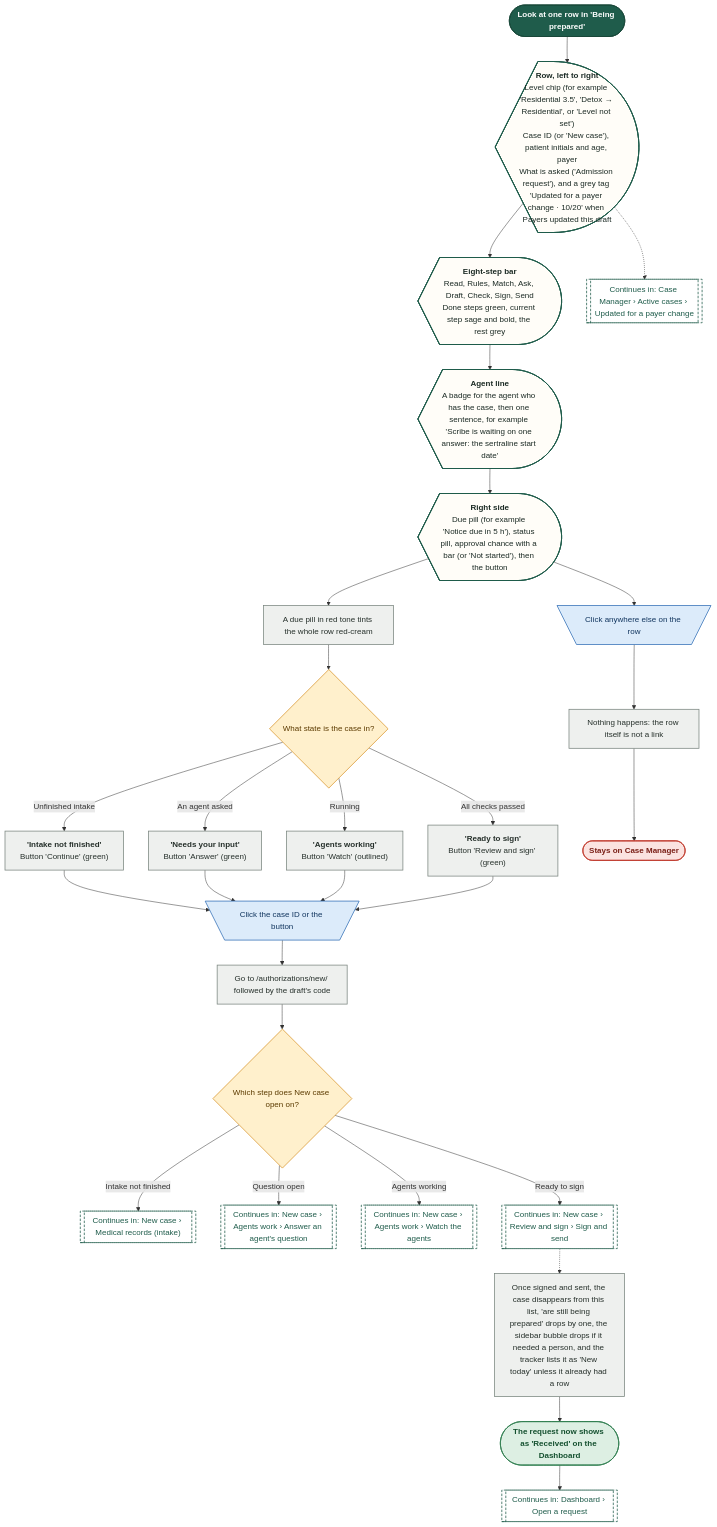
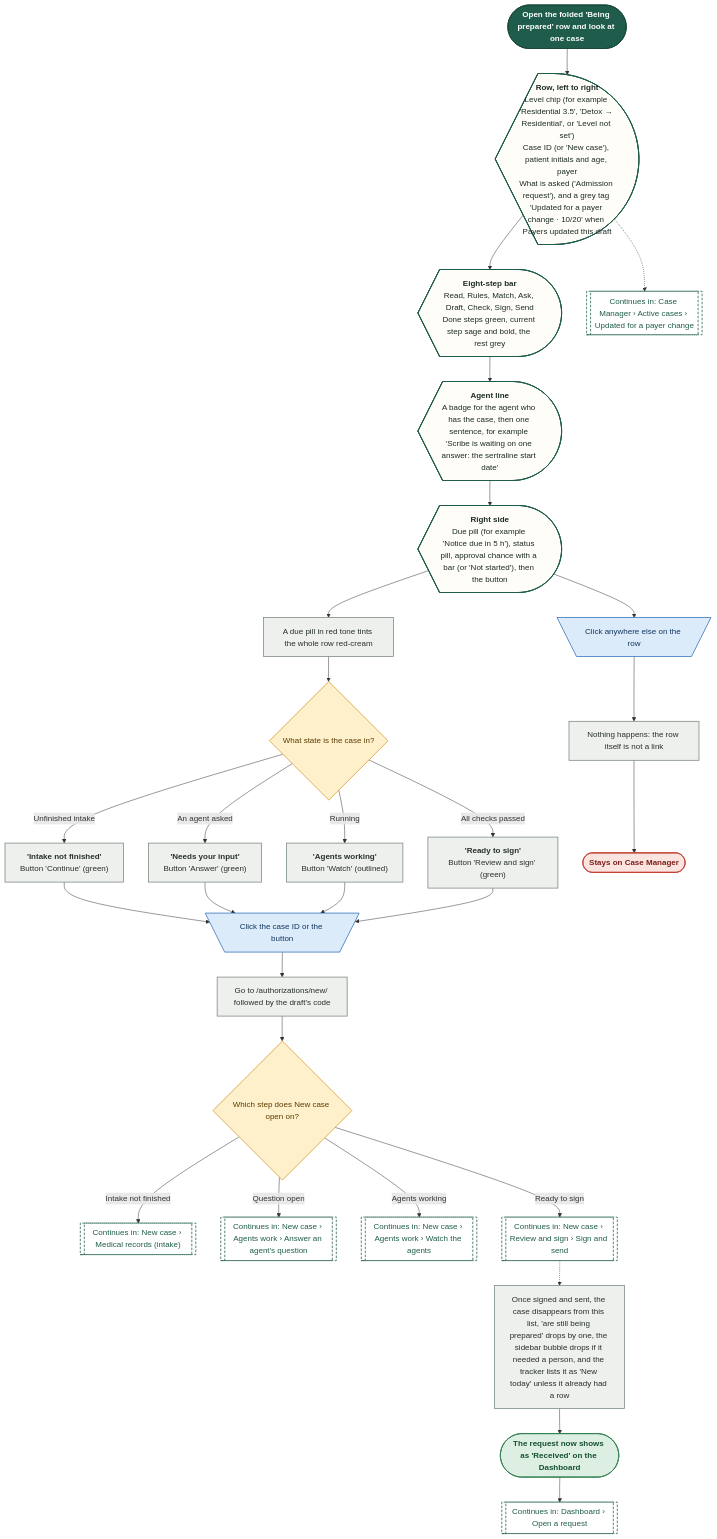
The fourth of 22 diagrams in demos/prior-auth-demo/workflows/out/md/07-case-manager.md (Shrav143/psyfloapp), drawn with Mermaid before and after one commit. The commit also changed other lines of this file and 192 other files, not shown here.

First line of the commit message:
docs: changelog by sidebar tab; README, diagrams and Settings layout aligned with the refinement; shared InfoTip; referral cost-share line

````diff
--- a/demos/prior-auth-demo/workflows/out/md/07-case-manager.md
+++ b/demos/prior-auth-demo/workflows/out/md/07-case-manager.md
@@ -254,67 +264,67 @@
 ```mermaid
 %%{init: {"theme":"base","themeVariables":{"fontFamily":"'DM Sans', 'Segoe UI', system-ui, sans-serif","fontSize":"15px","lineColor":"#5B6B63","primaryTextColor":"#1C2B25","clusterBkg":"#FBF8F3","clusterBorder":"#D9CDBB","edgeLabelBackground":"#FFFFFF"},"flowchart":{"curve":"basis","nodeSpacing":36,"rankSpacing":48,"padding":12,"htmlLabels":true,"useMaxWidth":false,"wrappingWidth":230}} }%%
 flowchart TD
   classDef k_start fill:#1F5C4B,stroke:#174638,color:#FFFFFF,stroke-width:1.5px,font-weight:600
   classDef k_end fill:#DDEFE3,stroke:#2E7D4F,color:#14502F,stroke-width:1.5px,font-weight:600
   classDef k_endx fill:#FBE3E0,stroke:#C0392B,color:#7A1F16,stroke-width:1.5px,font-weight:600
   classDef k_screen fill:#FFFDF8,stroke:#1F5C4B,color:#1C2B25,stroke-width:2px
   classDef k_overlay fill:#F1F7F3,stroke:#1F5C4B,color:#1C2B25,stroke-width:2px,stroke-dasharray:5 3
   classDef k_click fill:#DCEBFA,stroke:#2F6DB5,color:#12365F,stroke-width:1.5px
   classDef k_input fill:#E4E7FF,stroke:#4C5FD5,color:#1D2670,stroke-width:1.5px
   classDef k_process fill:#EEF0EE,stroke:#7A857F,color:#26302B,stroke-width:1.5px
   classDef k_agent fill:#EEE5FA,stroke:#7A4FC2,color:#341A63,stroke-width:1.5px
   classDef k_decision fill:#FFF0CC,stroke:#D9962B,color:#5C3B00,stroke-width:1.5px
   classDef k_store fill:#D5F0EA,stroke:#1C8E7B,color:#0B4A3F,stroke-width:1.5px
   classDef k_doc fill:#F6E9DC,stroke:#B07A4C,color:#4A2E14,stroke-width:1.5px
   classDef k_ext fill:#FFE6D2,stroke:#E07B39,color:#6B2F06,stroke-width:1.5px
   classDef k_wait fill:#E4E8EE,stroke:#6B7C93,color:#26303D,stroke-width:1.5px
   classDef k_toast fill:#FFF9DB,stroke:#C9A400,color:#5A4A00,stroke-width:1.5px
   classDef k_goto fill:#FFFFFF,stroke:#1F5C4B,color:#1F5C4B,stroke-width:1.5px,stroke-dasharray:5 3
-  s1@{ shape: stadium, label: "Look at one row in 'Being prepared'" }
+  s1@{ shape: stadium, label: "Open the folded 'Being prepared' row and look at one case" }
   r1@{ shape: curv-trap, label: "<b>Row, left to right</b><br/>Level chip (for example 'Residential 3.5', 'Detox → Residential', or 'Level not set')<br/>Case ID (or 'New case'), patient initials and age, payer<br/>What is asked ('Admission request'), and a grey tag 'Updated for a payer change · 10/20' when Payers updated this draft" }
   r2@{ shape: curv-trap, label: "<b>Eight-step bar</b><br/>Read, Rules, Match, Ask, Draft, Check, Sign, Send<br/>Done steps green, current step sage and bold, the rest grey" }
   r3@{ shape: curv-trap, label: "<b>Agent line</b><br/>A badge for the agent who has the case, then one sentence, for example 'Scribe is waiting on one answer: the sertraline start date'" }
   r4@{ shape: curv-trap, label: "<b>Right side</b><br/>Due pill (for example 'Notice due in 5 h'), status pill, approval chance with a bar (or 'Not started'), then the button" }
   p0@{ shape: rect, label: "A due pill in red tone tints the whole row red-cream" }
   d1@{ shape: diam, label: "What state is the case in?" }
   t1@{ shape: rect, label: "<b>'Intake not finished'</b><br/>Button 'Continue' (green)" }
   t2@{ shape: rect, label: "<b>'Needs your input'</b><br/>Button 'Answer' (green)" }
   t3@{ shape: rect, label: "<b>'Agents working'</b><br/>Button 'Watch' (outlined)" }
   t4@{ shape: rect, label: "<b>'Ready to sign'</b><br/>Button 'Review and sign' (green)" }
   c1@{ shape: trap-t, label: "Click the case ID or the button" }
   p1@{ shape: rect, label: "Go to /authorizations/new/ followed by the draft's code" }
   d2@{ shape: diam, label: "Which step does New case open on?" }
   g1@{ shape: subproc, label: "Continues in: New case › Medical records (intake)" }
   g2@{ shape: subproc, label: "Continues in: New case › Agents work › Answer an agent's question" }
   g3@{ shape: subproc, label: "Continues in: New case › Agents work › Watch the agents" }
   g4@{ shape: subproc, label: "Continues in: New case › Review and sign › Sign and send" }
   c2@{ shape: trap-t, label: "Click anywhere else on the row" }
   p2@{ shape: rect, label: "Nothing happens: the row itself is not a link" }
   e1@{ shape: stadium, label: "Stays on Case Manager" }
   p3@{ shape: rect, label: "Once signed and sent, the case disappears from this list, 'are still being prepared' drops by one, the sidebar bubble drops if it needed a person, and the tracker lists it as 'New today' unless it already had a row" }
   e2@{ shape: stadium, label: "The request now shows as 'Received' on the Dashboard" }
   g5@{ shape: subproc, label: "Continues in: Dashboard › Open a request" }
   g6@{ shape: subproc, label: "Continues in: Case Manager › Active cases › Updated for a payer change" }
   s1 --> r1 --> r2 --> r3 --> r4 --> p0 --> d1
   d1 -->|"Unfinished intake"| t1
   d1 -->|"An agent asked"| t2
   d1 -->|"Running"| t3
   d1 -->|"All checks passed"| t4
   t1 & t2 & t3 & t4 --> c1 --> p1 --> d2
   d2 -->|"Intake not finished"| g1
   d2 -->|"Question open"| g2
   d2 -->|"Agents working"| g3
   d2 -->|"Ready to sign"| g4
   g4 -.-> p3
   r4 --> c2 --> p2 --> e1
   r1 -.-> g6
   p3 --> e2 --> g5
   class s1 k_start
   class r1,r2,r3,r4 k_screen
   class p0,t1,t2,t3,t4,p1,p2,p3 k_process
   class d1,d2 k_decision
   class c1,c2 k_click
   class g1,g2,g3,g4,g5,g6 k_goto
   class e1 k_endx
   class e2 k_end
 ```
````
